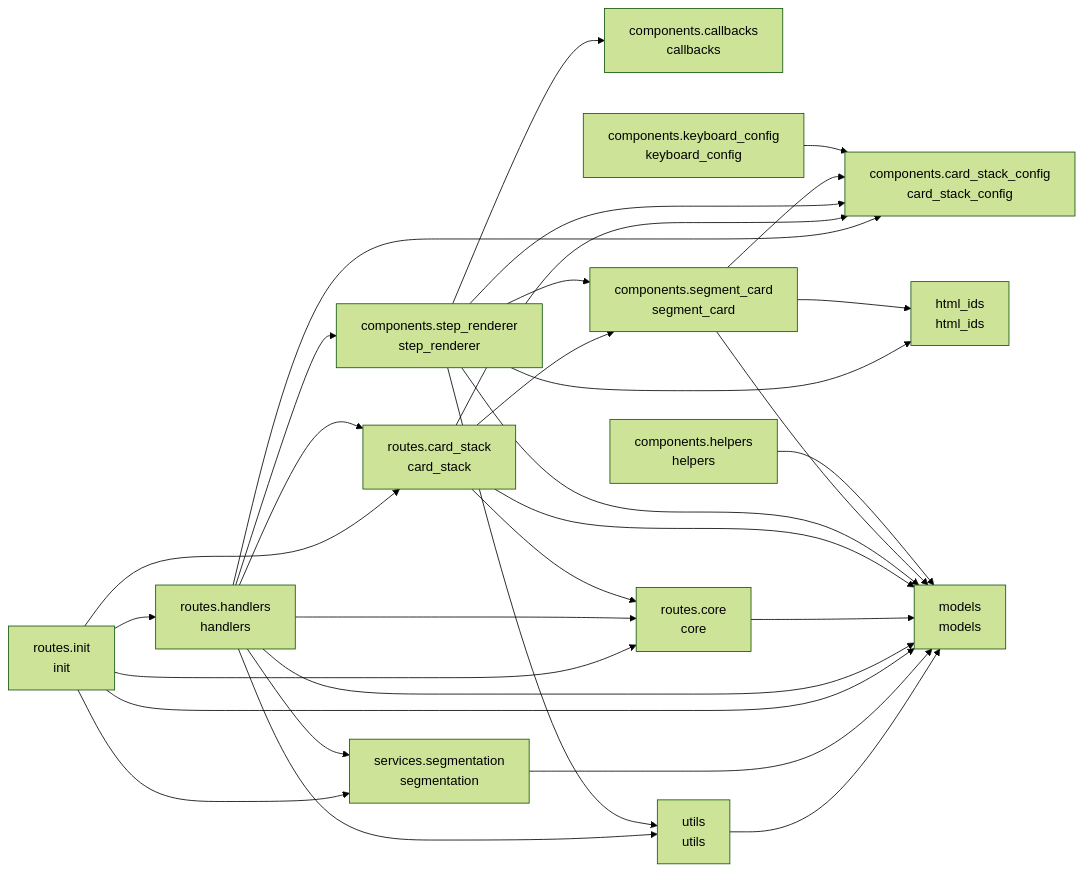
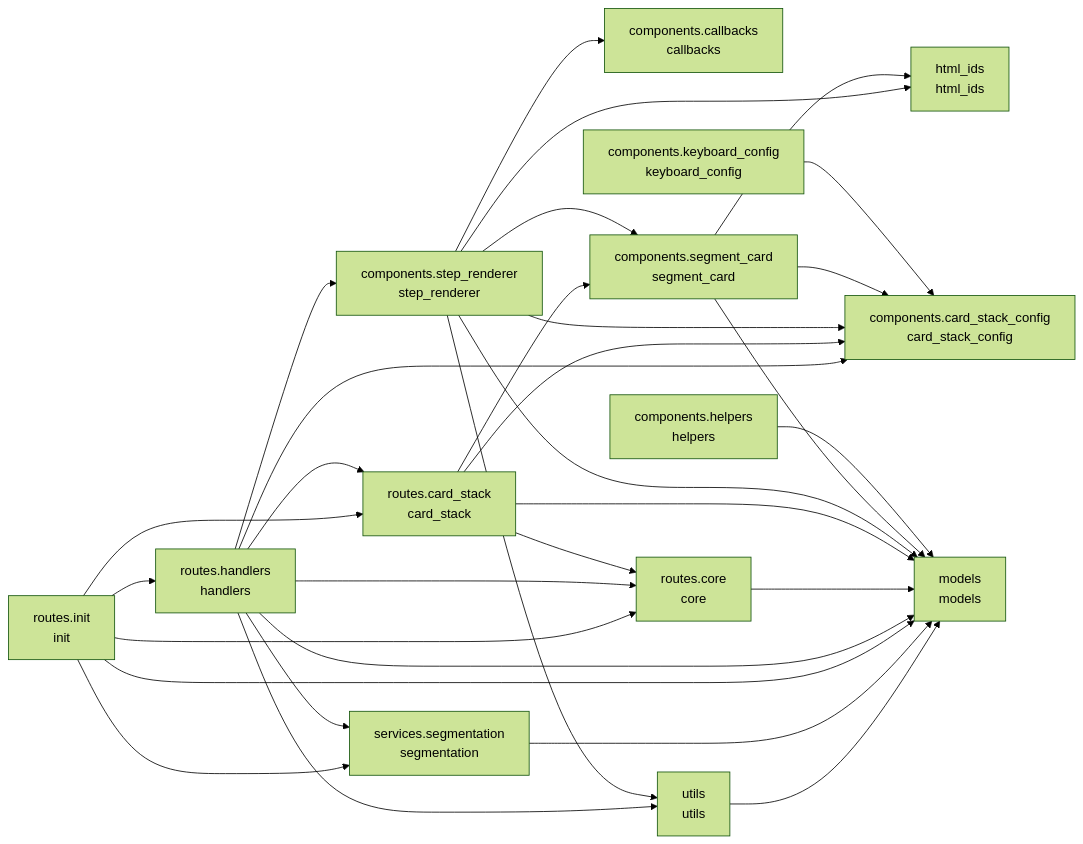
One commit to cj-mills/cjm-transcript-segmentation changed the diagram in README.md. Above: the diagram before and after it, drawn with Mermaid (forest theme). The commit also changed other lines of this file and 4 other files, not shown here.

````diff
--- a/README.md
+++ b/README.md
@@ -37,48 +37,48 @@
 ``` mermaid
 graph LR
     components_callbacks[components.callbacks<br/>callbacks]
     components_card_stack_config[components.card_stack_config<br/>card_stack_config]
     components_helpers[components.helpers<br/>helpers]
     components_keyboard_config[components.keyboard_config<br/>keyboard_config]
     components_segment_card[components.segment_card<br/>segment_card]
     components_step_renderer[components.step_renderer<br/>step_renderer]
     html_ids[html_ids<br/>html_ids]
     models[models<br/>models]
     routes_card_stack[routes.card_stack<br/>card_stack]
     routes_core[routes.core<br/>core]
     routes_handlers[routes.handlers<br/>handlers]
     routes_init[routes.init<br/>init]
     services_segmentation[services.segmentation<br/>segmentation]
     utils[utils<br/>utils]
 
     components_helpers --> models
     components_keyboard_config --> components_card_stack_config
-    components_segment_card --> html_ids
     components_segment_card --> components_card_stack_config
     components_segment_card --> models
+    components_segment_card --> html_ids
+    components_step_renderer --> components_card_stack_config
+    components_step_renderer --> components_segment_card
+    components_step_renderer --> models
+    components_step_renderer --> components_callbacks
+    components_step_renderer --> utils
     components_step_renderer --> html_ids
-    components_step_renderer --> models
-    components_step_renderer --> components_card_stack_config
-    components_step_renderer --> utils
-    components_step_renderer --> components_segment_card
-    components_step_renderer --> components_callbacks
-    routes_card_stack --> models
     routes_card_stack --> routes_core
     routes_card_stack --> components_card_stack_config
     routes_card_stack --> components_segment_card
+    routes_card_stack --> models
     routes_core --> models
+    routes_handlers --> services_segmentation
+    routes_handlers --> routes_core
+    routes_handlers --> components_card_stack_config
+    routes_handlers --> utils
+    routes_handlers --> components_step_renderer
+    routes_handlers --> routes_card_stack
     routes_handlers --> models
-    routes_handlers --> services_segmentation
-    routes_handlers --> routes_card_stack
-    routes_handlers --> routes_core
-    routes_handlers --> components_step_renderer
-    routes_handlers --> utils
-    routes_handlers --> components_card_stack_config
-    routes_init --> routes_card_stack
     routes_init --> models
     routes_init --> routes_core
     routes_init --> services_segmentation
     routes_init --> routes_handlers
+    routes_init --> routes_card_stack
     services_segmentation --> models
     utils --> models
 ```
````
